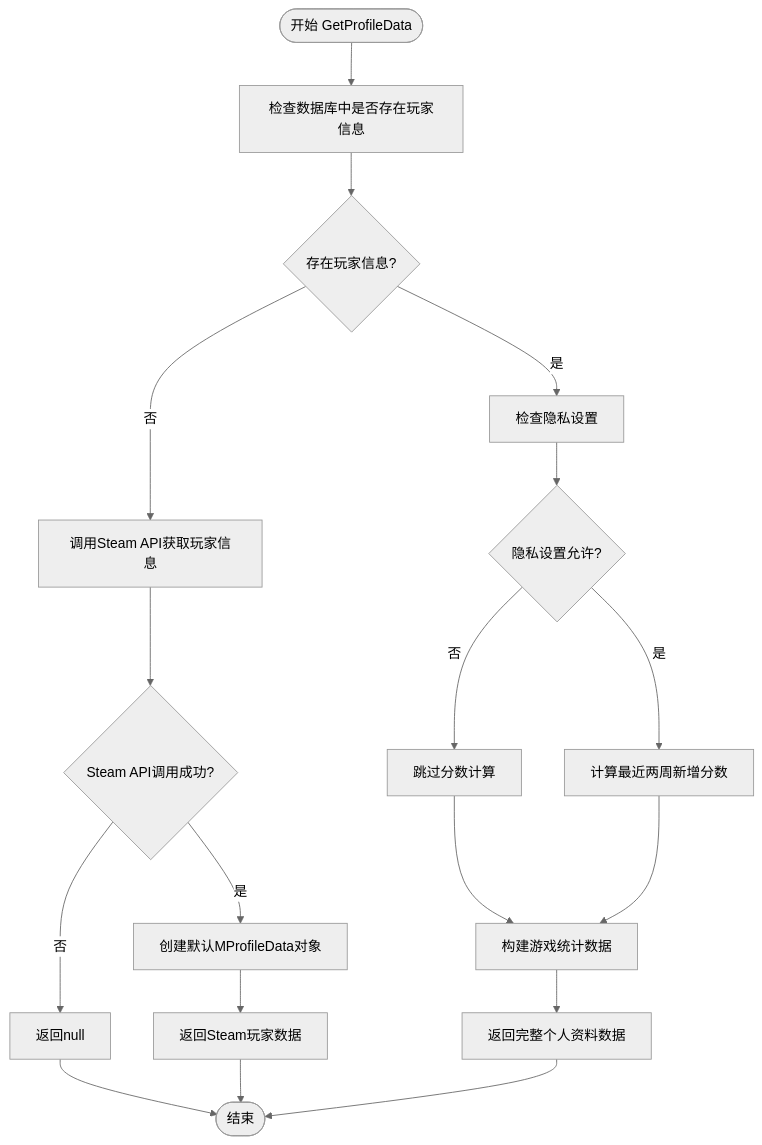
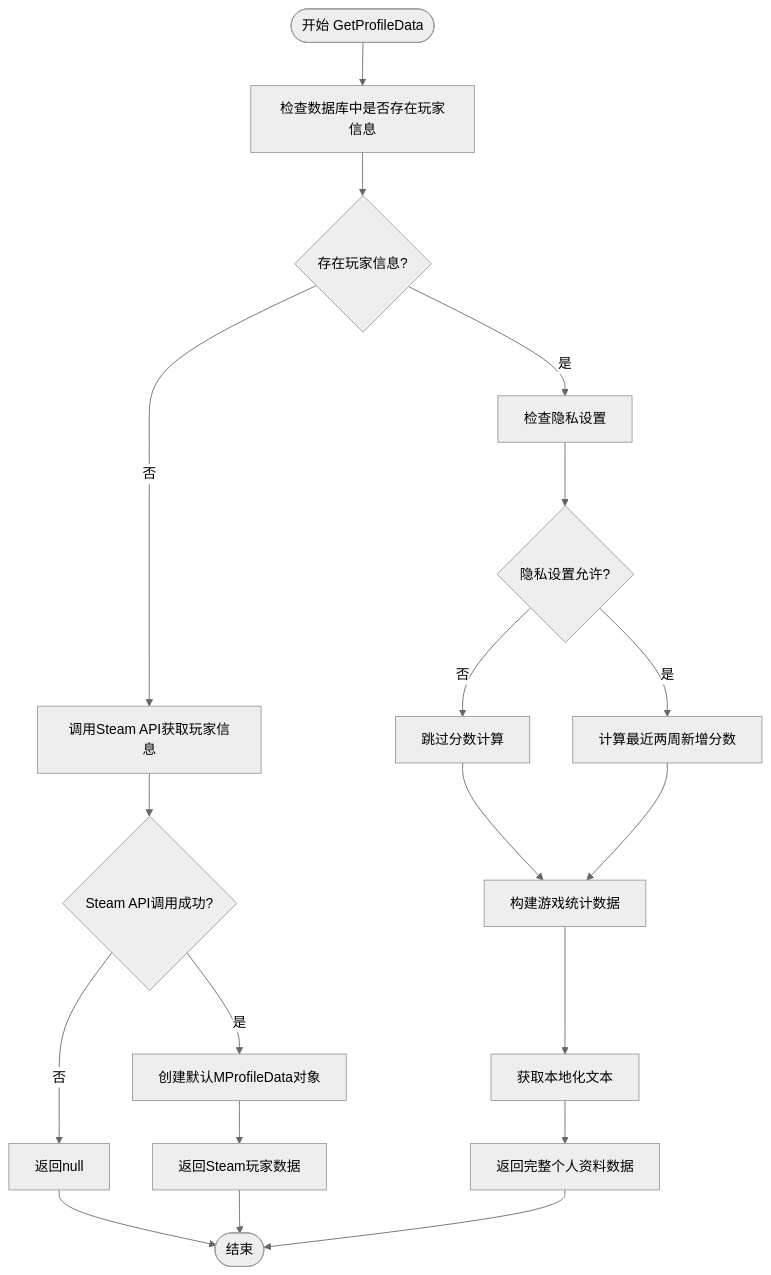
The fourth of 22 diagrams in .qoder/repowiki/zh/content/后端 API 服务/用户管理模块/个人资料系统.md (TinyMaD/SpeedRunnersLab), drawn with Mermaid (neutral theme) before and after one commit. The commit also changed other lines of this file and 34 other files, not shown here.

````diff
--- a/.qoder/repowiki/zh/content/后端 API 服务/用户管理模块/个人资料系统.md
+++ b/.qoder/repowiki/zh/content/后端 API 服务/用户管理模块/个人资料系统.md
@@ -254,20 +288,21 @@
 ```mermaid
 flowchart TD
 Start([开始 GetProfileData]) --> CheckDB["检查数据库中是否存在玩家信息"]
 CheckDB --> HasData{"存在玩家信息?"}
 HasData --> |否| CallSteam["调用Steam API获取玩家信息"]
 HasData --> |是| CheckPrivacy["检查隐私设置"]
 CallSteam --> SteamSuccess{"Steam API调用成功?"}
 SteamSuccess --> |是| CreateDefault["创建默认MProfileData对象"]
 SteamSuccess --> |否| ReturnNull["返回null"]
 CreateDefault --> ReturnSteamData["返回Steam玩家数据"]
 CheckPrivacy --> IsPublic{"隐私设置允许?"}
 IsPublic --> |否| SkipScore["跳过分数计算"]
 IsPublic --> |是| CalcScore["计算最近两周新增分数"]
 SkipScore --> BuildStats["构建游戏统计数据"]
 CalcScore --> BuildStats
-BuildStats --> ReturnData["返回完整个人资料数据"]
+BuildStats --> LocalizeText["获取本地化文本"]
+LocalizeText --> ReturnData["返回完整个人资料数据"]
 ReturnNull --> End([结束])
 ReturnSteamData --> End
 ReturnData --> End
 ```
````
